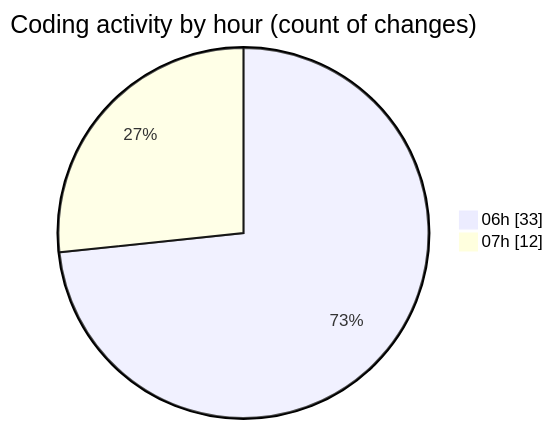
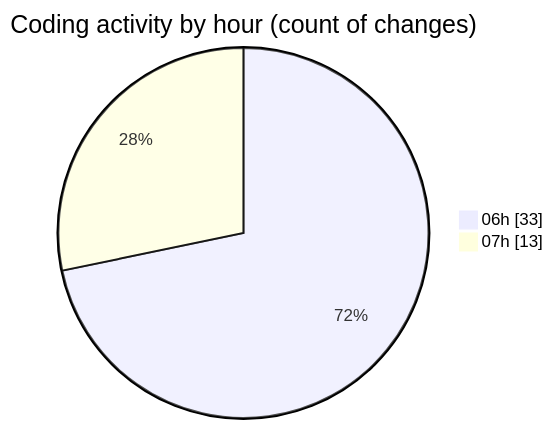
One commit to charlie-sans/code-tracking changed the second of 2 diagrams in 2025-02-21/micros/README.md. Above: the diagram before and after it, drawn with Mermaid. The commit also changed other lines of this file and 1 other file, not shown here.

````diff
--- a/2025-02-21/micros/README.md
+++ b/2025-02-21/micros/README.md
@@ -57,6 +58,6 @@
 ```mermaid
 pie showData
 title Coding activity by hour (count of changes)
 "06h" : 33
-"07h" : 12
+"07h" : 13
 ```
````
